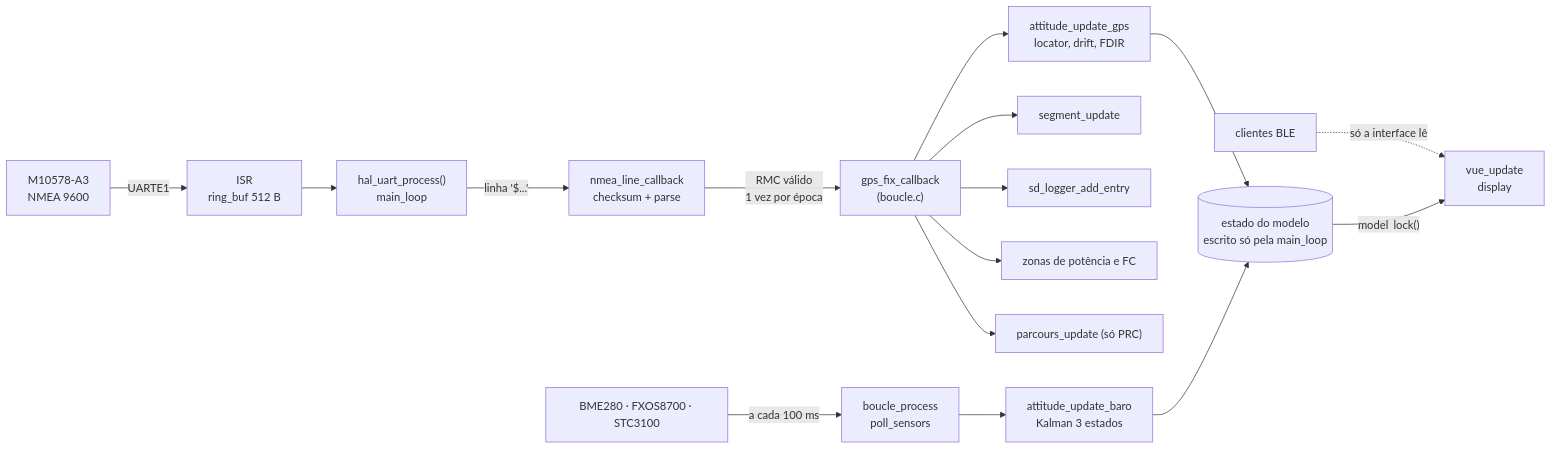
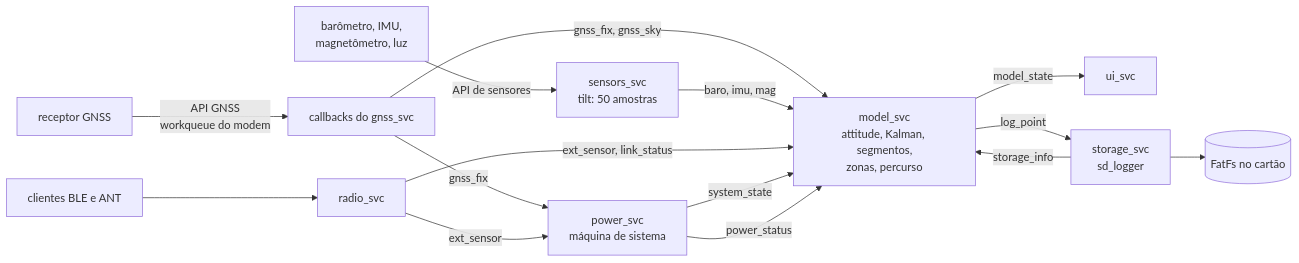
One commit to Guiimartinho/gnss-bike-computer changed the third of 3 diagrams in docs/05-arquitetura-zephyr.md. Above: the diagram before and after it, drawn with Mermaid. The commit also changed other lines of this file and 110 other files, not shown here.

````diff
--- a/docs/05-arquitetura-zephyr.md
+++ b/docs/05-arquitetura-zephyr.md
@@ -113,18 +141,17 @@
 ```mermaid
 flowchart LR
-    GPSM["M10578-A3<br/>NMEA 9600"] -->|UARTE1| ISR["ISR<br/>ring_buf 512 B"]
-    ISR --> HUP["hal_uart_process()<br/>main_loop"]
-    HUP -->|"linha '$...'"| NLC["nmea_line_callback<br/>checksum + parse"]
-    NLC -->|"RMC válido<br/>1 vez por época"| FIX["gps_fix_callback<br/>(boucle.c)"]
-    FIX --> ATTG["attitude_update_gps<br/>locator, drift, FDIR"]
-    FIX --> SEGU["segment_update"]
-    FIX --> LOGE["sd_logger_add_entry"]
-    FIX --> ZON["zonas de potência e FC"]
-    FIX --> PARC["parcours_update (só PRC)"]
-    SENS["BME280 · FXOS8700 · STC3100"] -->|"a cada 100 ms"| BP["boucle_process<br/>poll_sensors"]
-    BP --> KALM["attitude_update_baro<br/>Kalman 3 estados"]
-    BLEC["clientes BLE"] -.->|"só a interface lê"| VUEU
-    ATTG --> STATE[("estado do modelo<br/>escrito só pela main_loop")]
-    KALM --> STATE
-    STATE -->|"model_lock()"| VUEU["vue_update<br/>display"]
+    RX["receptor GNSS"] -->|"API GNSS<br/>workqueue do modem"| GS["callbacks do gnss_svc"]
+    SEN["barômetro, IMU,<br/>magnetômetro, luz"] -->|"API de sensores"| SS["sensors_svc<br/>tilt: 50 amostras"]
+    BLEC["clientes BLE e ANT"] --> RS["radio_svc"]
+    GS -->|"gnss_fix, gnss_sky"| MOD["model_svc<br/>attitude, Kalman, segmentos,<br/>zonas, percurso"]
+    SS -->|"baro, imu, mag"| MOD
+    RS -->|"ext_sensor, link_status"| MOD
+    MOD -->|"model_state"| UI["ui_svc"]
+    MOD -->|"log_point"| ST["storage_svc<br/>sd_logger"]
+    ST --> FS[("FatFs no cartão")]
+    ST -->|"storage_info"| MOD
+    GS -->|"gnss_fix"| PW["power_svc<br/>máquina de sistema"]
+    RS -->|"ext_sensor"| PW
+    PW -->|"system_state"| MOD
+    PW -->|"power_status"| MOD
 ```
````
